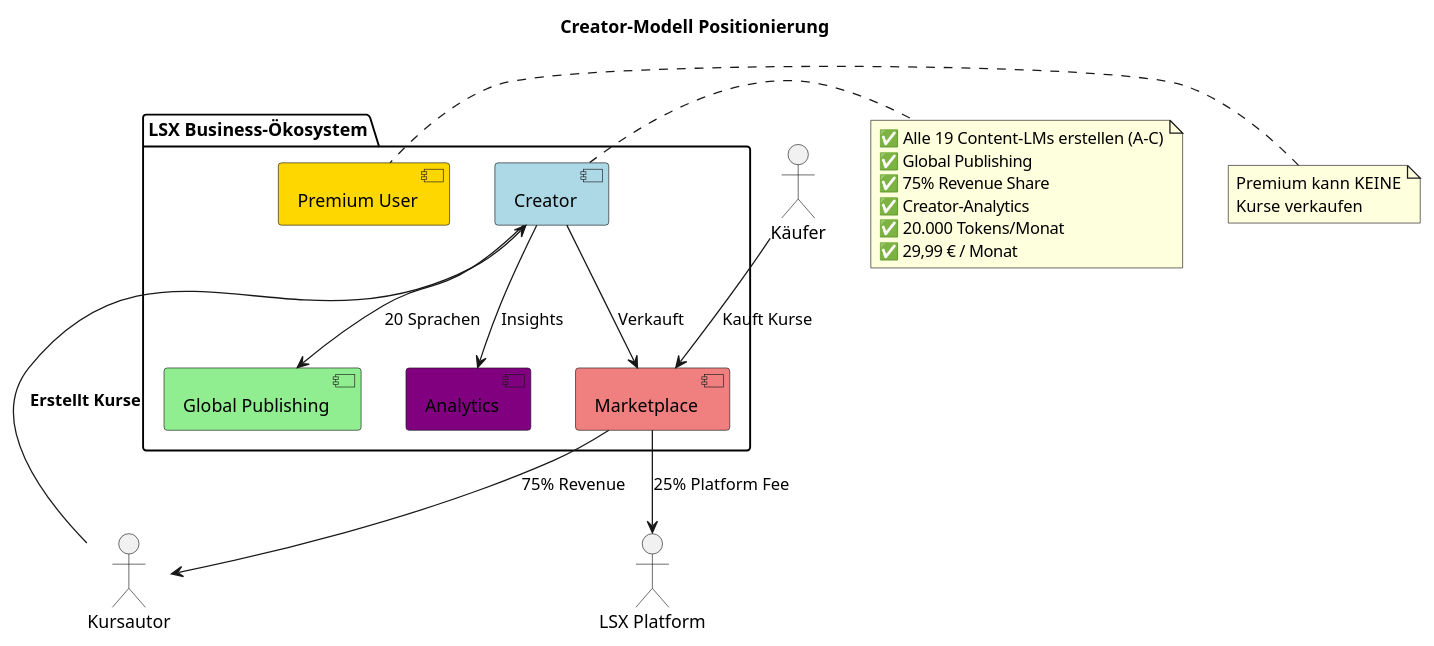
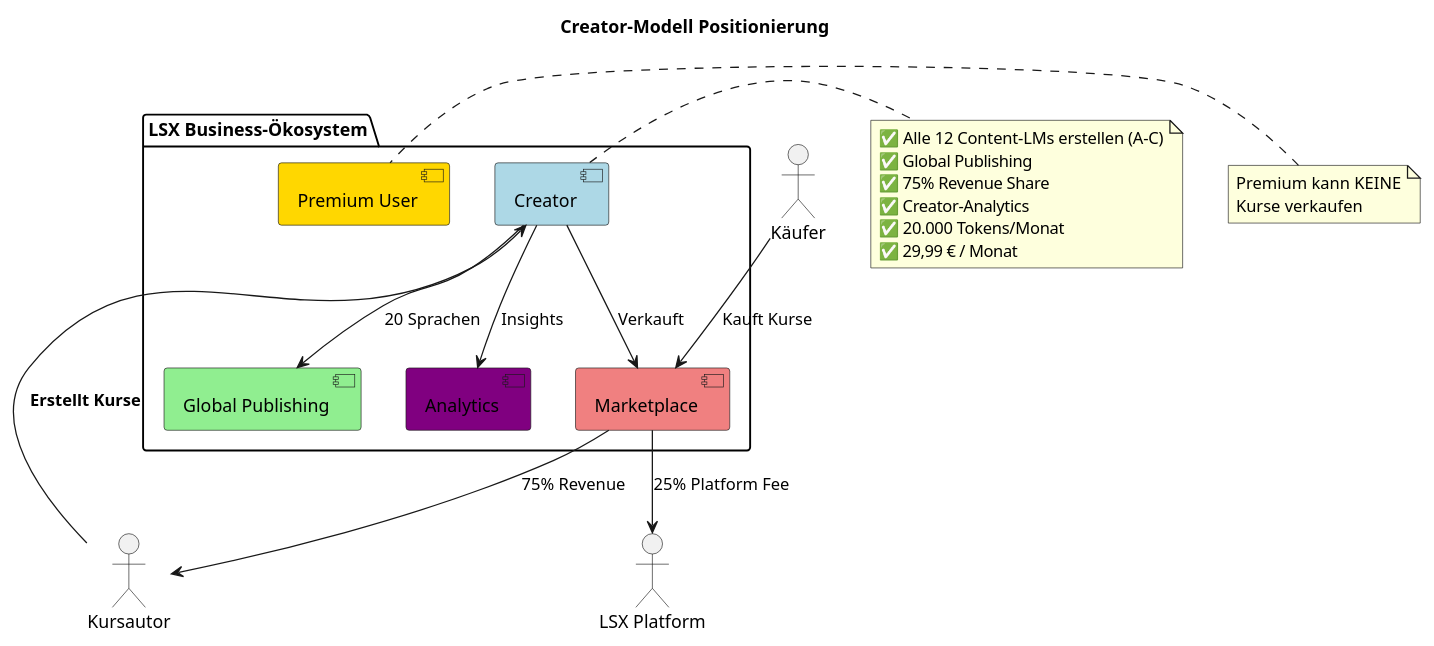
The first of 16 diagrams in LernsystemX-Doku/02_Business/02_Creator-Modell.md (flokflok1/lernseite), drawn with PlantUML before and after one commit. The commit also changed other lines of this file and 1490 other files, not shown here.

````diff
--- a/LernsystemX-Doku/02_Business/02_Creator-Modell.md
+++ b/LernsystemX-Doku/02_Business/02_Creator-Modell.md
@@ -14,41 +14,41 @@
 ```plantuml
 @startuml
 title Creator-Modell Positionierung
 
 package "LSX Business-Ökosystem" {
   [Premium User] as premium #Gold
   [Creator] as creator #LightBlue
   [Marketplace] as marketplace #LightCoral
   [Global Publishing] as global #LightGreen
   [Analytics] as analytics #Purple
 }
 
 actor "Kursautor" as author
 actor "Käufer" as buyer
 actor "LSX Platform" as platform
 
 author --> creator : **Erstellt Kurse**
 creator --> marketplace : Verkauft
 creator --> global : 20 Sprachen
 creator --> analytics : Insights
 
 buyer --> marketplace : Kauft Kurse
 marketplace --> author : 75% Revenue
 marketplace --> platform : 25% Platform Fee
 
 note right of creator
-  ✅ Alle 19 Content-LMs erstellen (A-C)
+  ✅ Alle 12 Content-LMs erstellen (A-C)
   ✅ Global Publishing
   ✅ 75% Revenue Share
   ✅ Creator-Analytics
   ✅ 20.000 Tokens/Monat
   ✅ 29,99 € / Monat
 end note
 
 note left of premium
   Premium kann KEINE
   Kurse verkaufen
 end note
 
 @enduml
 ```
````
